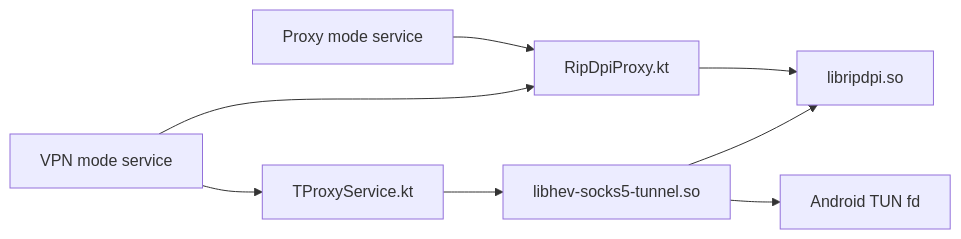
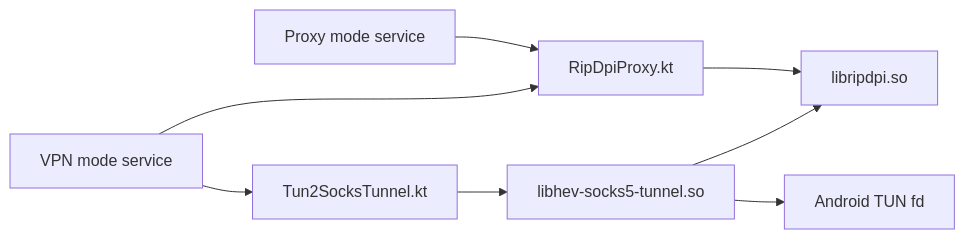
Before and after one commit to po4yka/RIPDPI: the diagram in docs/native/README.md, drawn with Mermaid. The commit also changed other lines of this file and 41 other files, not shown here.

````diff
--- a/docs/native/README.md
+++ b/docs/native/README.md
@@ -14,10 +14,10 @@
 ```mermaid
 flowchart LR
   A["Proxy mode service"] --> B["RipDpiProxy.kt"]
   C["VPN mode service"] --> B
   B --> D["libripdpi.so"]
-  C --> E["TProxyService.kt"]
+  C --> E["Tun2SocksTunnel.kt"]
   E --> F["libhev-socks5-tunnel.so"]
   F --> G["Android TUN fd"]
   F --> D
 ```
````
